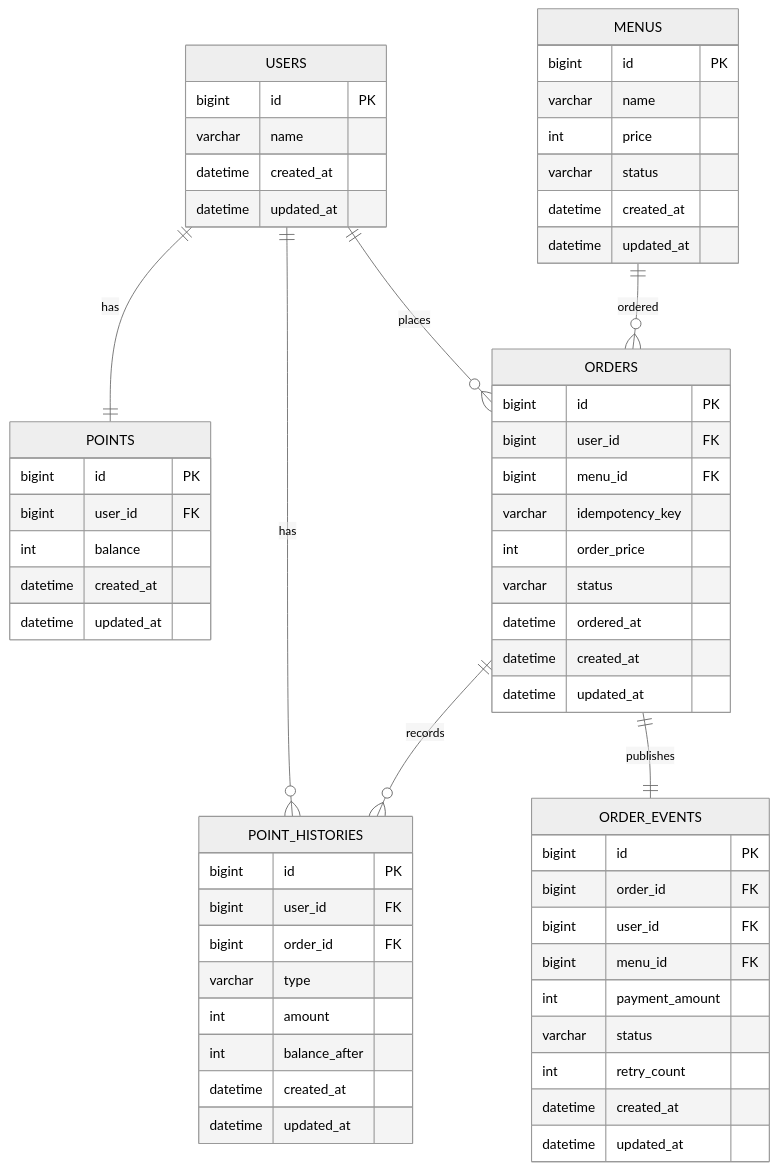
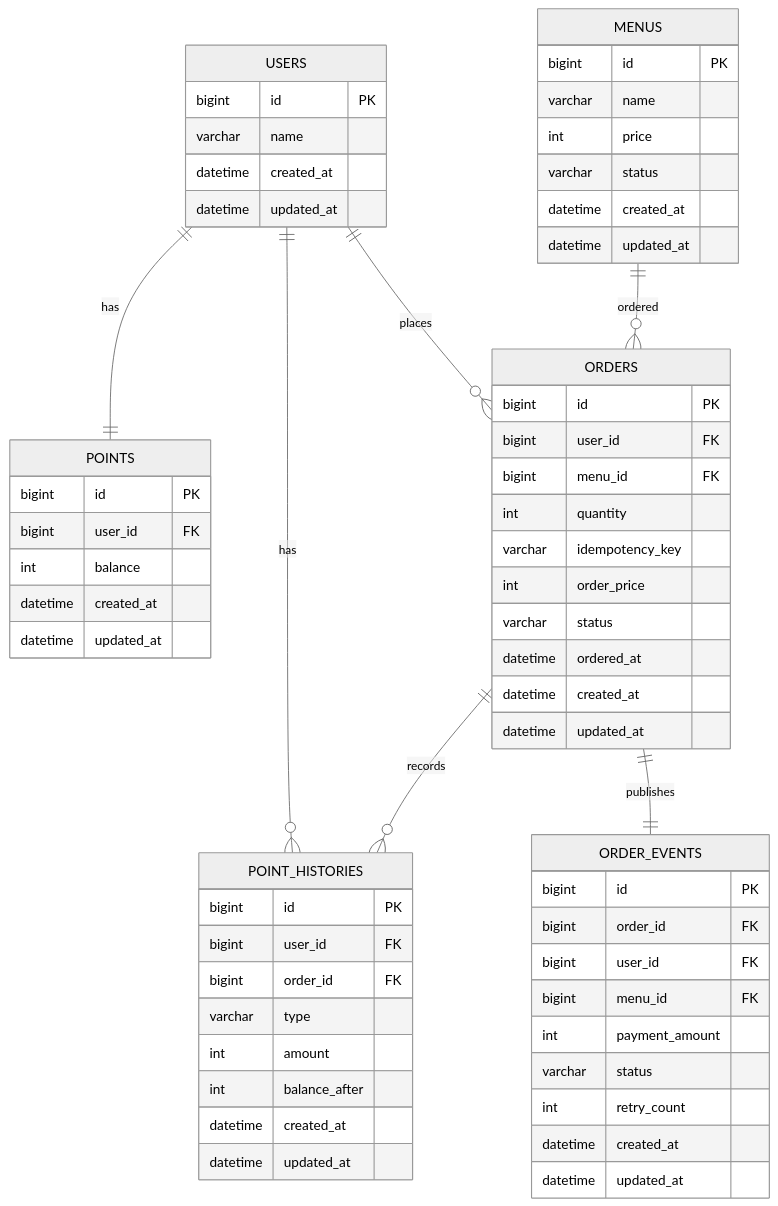
The diagram in README.md (WookJaes/coffee-order-system), drawn with Mermaid (neutral theme) before and after one commit. The commit also changed other lines of this file and 5 other files, not shown here.

````diff
--- a/README.md
+++ b/README.md
@@ -184,68 +184,69 @@
 ```mermaid
 erDiagram
     USERS ||--|| POINTS : has
     USERS ||--o{ POINT_HISTORIES : has
     USERS ||--o{ ORDERS : places
     MENUS ||--o{ ORDERS : ordered
     ORDERS ||--o{ POINT_HISTORIES : records
     ORDERS ||--|| ORDER_EVENTS : publishes
 
     USERS {
         bigint id PK
         varchar name
         datetime created_at
         datetime updated_at
     }
 
     MENUS {
         bigint id PK
         varchar name
         int price
         varchar status
         datetime created_at
         datetime updated_at
     }
 
     POINTS {
         bigint id PK
         bigint user_id FK
         int balance
         datetime created_at
         datetime updated_at
     }
 
     POINT_HISTORIES {
         bigint id PK
         bigint user_id FK
         bigint order_id FK
         varchar type
         int amount
         int balance_after
         datetime created_at
         datetime updated_at
     }
 
     ORDERS {
         bigint id PK
         bigint user_id FK
         bigint menu_id FK
+        int quantity
         varchar idempotency_key
         int order_price
         varchar status
         datetime ordered_at
         datetime created_at
         datetime updated_at
     }
 
     ORDER_EVENTS {
         bigint id PK
         bigint order_id FK
         bigint user_id FK
         bigint menu_id FK
         int payment_amount
         varchar status
         int retry_count
         datetime created_at
         datetime updated_at
     }
 ```
````
